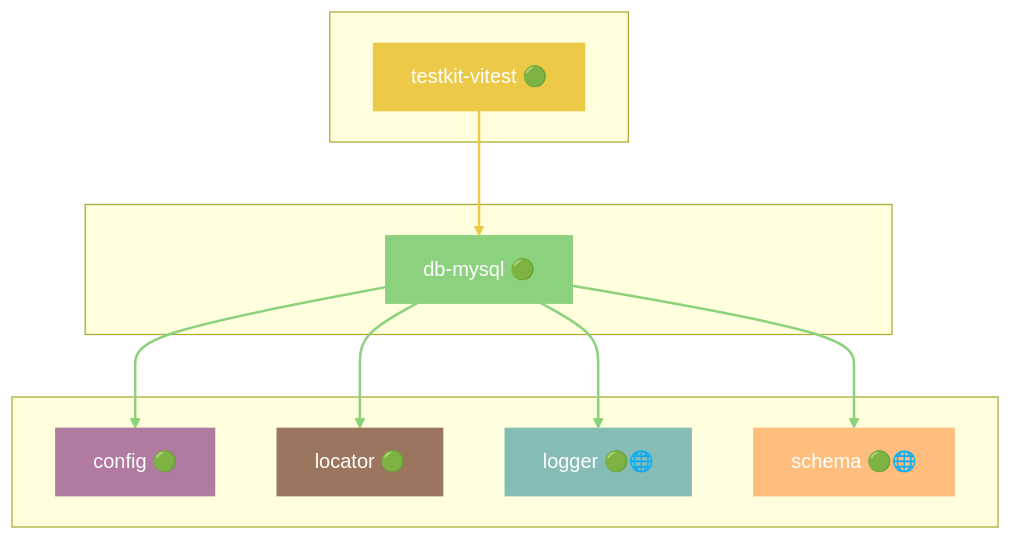
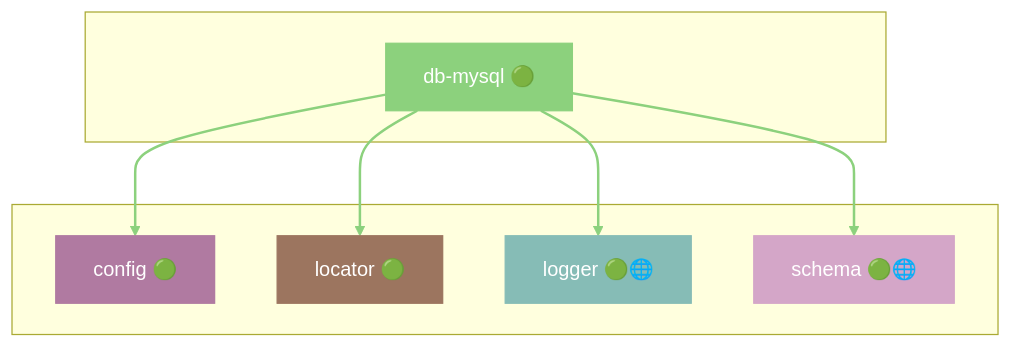
Before and after one commit to grest-ts/grest-ts: diagram 13 of 47 in docs/DEPENDENCIES.md, drawn with Mermaid. The commit also changed other lines of this file and 27 other files, not shown here.

````diff
--- a/docs/DEPENDENCIES.md
+++ b/docs/DEPENDENCIES.md
@@ -835,31 +831,25 @@
 ```mermaid
 flowchart TB
-    subgraph Dependents[" "]
-        testkit-vitest["testkit-vitest 🟢"]
-    end
     subgraph Package[" "]
         db-mysql["db-mysql 🟢"]
     end
     subgraph Dependencies[" "]
         config["config 🟢"]
         locator["locator 🟢"]
         logger["logger 🟢🌐"]
         schema["schema 🟢🌐"]
     end
-    testkit-vitest --> db-mysql
     db-mysql --> config
     db-mysql --> locator
     db-mysql --> logger
     db-mysql --> schema
     style db-mysql fill:#8CD17D,stroke:#8CD17D,color:#fff
-    style testkit-vitest fill:#EDC948,stroke:#EDC948,color:#fff
     style config fill:#B07AA1,stroke:#B07AA1,color:#fff
     style locator fill:#9C755F,stroke:#9C755F,color:#fff
     style logger fill:#86BCB6,stroke:#86BCB6,color:#fff
-    style schema fill:#FFBE7D,stroke:#FFBE7D,color:#fff
-    linkStyle 0 stroke:#EDC948,stroke-width:2px
+    style schema fill:#D4A6C8,stroke:#D4A6C8,color:#fff
+    linkStyle 0 stroke:#8CD17D,stroke-width:2px
     linkStyle 1 stroke:#8CD17D,stroke-width:2px
     linkStyle 2 stroke:#8CD17D,stroke-width:2px
     linkStyle 3 stroke:#8CD17D,stroke-width:2px
-    linkStyle 4 stroke:#8CD17D,stroke-width:2px
 ```
````
